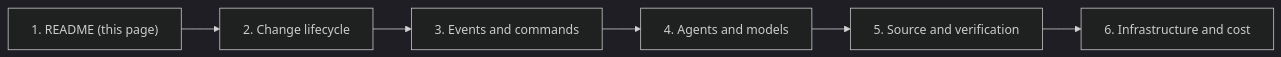
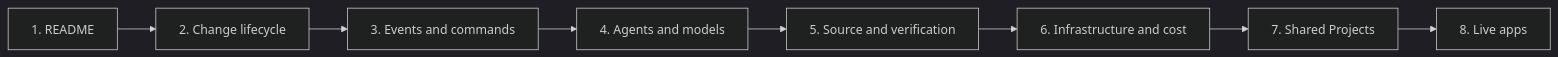
The fourth of 4 diagrams in docs/architecture/README.md (nsudhanva/rhumbatron), drawn with Mermaid (dark theme) before and after one commit. The commit also changed other lines of this file and 47 other files, not shown here.

````diff
--- a/docs/architecture/README.md
+++ b/docs/architecture/README.md
@@ -168,8 +194,10 @@
 ```mermaid
 flowchart LR
-  A["1. README (this page)"] --> B["2. Change lifecycle"]
+  A["1. README"] --> B["2. Change lifecycle"]
   B --> C["3. Events and commands"]
   C --> D["4. Agents and models"]
   D --> E["5. Source and verification"]
   E --> F["6. Infrastructure and cost"]
+  F --> G["7. Shared Projects"]
+  G --> H["8. Live apps"]
 ```
````
